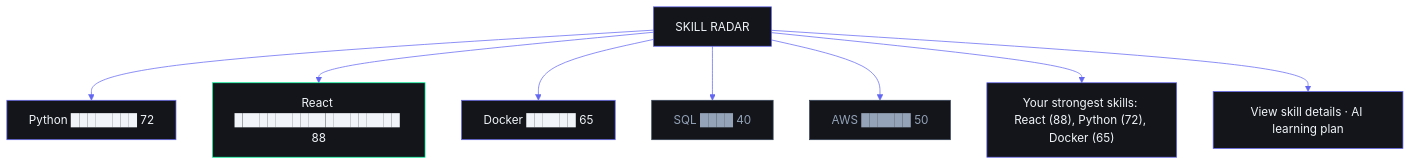
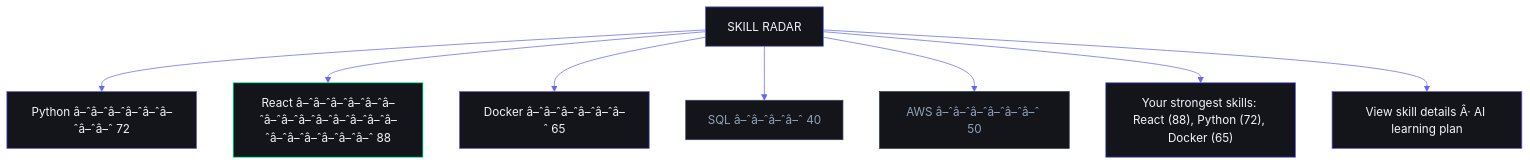
Before and after one commit to rohitkumarnaidu/ARIA-OS---SecondBrain-: diagram 22 of 35 in docs/design/InformationArchitecture.md, drawn with Mermaid. The commit also changed other lines of this file and 9 other files, not shown here.

````diff
--- a/docs/design/InformationArchitecture.md
+++ b/docs/design/InformationArchitecture.md
@@ -1724,17 +1724,17 @@
 ```mermaid
 %%{init: {'theme': 'base', 'themeVariables': {'background': '#0A0B0F', 'primaryColor': '#13151A', 'primaryBorderColor': '#6366F1', 'primaryTextColor': '#F1F5F9', 'lineColor': '#6366F1', 'secondaryColor': '#1A1D24', 'tertiaryColor': '#0A0B0F', 'fontFamily': 'DM Sans'}}}%%
 graph TD
-    SR[SKILL RADAR] --> PY[Python ████████ 72]
-    SR --> RE[React ████████████████████ 88]
-    SR --> DK[Docker ██████ 65]
-    SR --> SQL[SQL ████ 40]
-    SR --> AWS[AWS ██████ 50]
+    SR[SKILL RADAR] --> PY[Python â–ˆâ–ˆâ–ˆâ–ˆâ–ˆâ–ˆâ–ˆâ–ˆ 72]
+    SR --> RE[React â–ˆâ–ˆâ–ˆâ–ˆâ–ˆâ–ˆâ–ˆâ–ˆâ–ˆâ–ˆâ–ˆâ–ˆâ–ˆâ–ˆâ–ˆâ–ˆâ–ˆâ–ˆâ–ˆâ–ˆ 88]
+    SR --> DK[Docker â–ˆâ–ˆâ–ˆâ–ˆâ–ˆâ–ˆ 65]
+    SR --> SQL[SQL â–ˆâ–ˆâ–ˆâ–ˆ 40]
+    SR --> AWS[AWS â–ˆâ–ˆâ–ˆâ–ˆâ–ˆâ–ˆ 50]
     SR --> SS["Your strongest skills: React (88), Python (72), Docker (65)"]
-    SR --> AC[View skill details · AI learning plan]
+    SR --> AC[View skill details Â· AI learning plan]
     style SR fill:#13151A,stroke:#6366F1,color:#F1F5F9
     style PY fill:#13151A,stroke:#6366F1,color:#F1F5F9
     style RE fill:#13151A,stroke:#00FFA3,color:#F1F5F9
     style DK fill:#13151A,stroke:#6366F1,color:#F1F5F9
     style SQL fill:#13151A,stroke:#334155,color:#94A3B8
     style AWS fill:#13151A,stroke:#334155,color:#94A3B8
 ```
````
